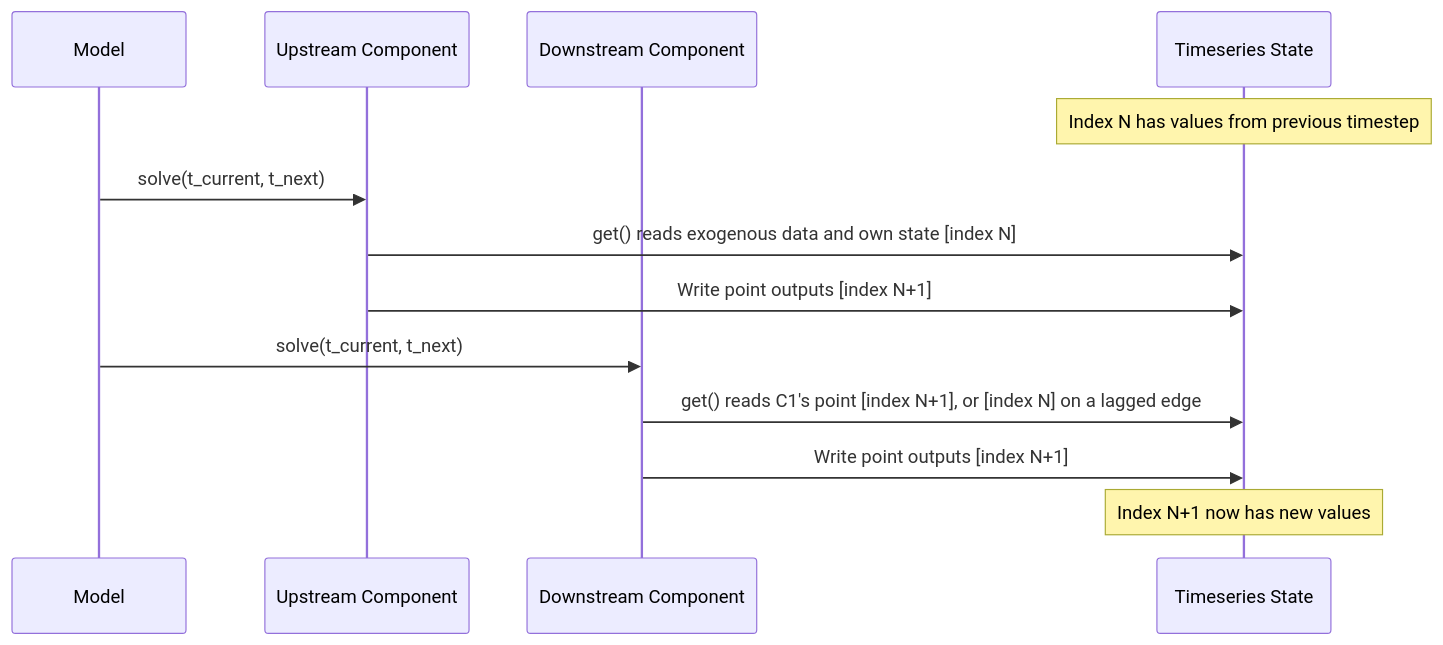
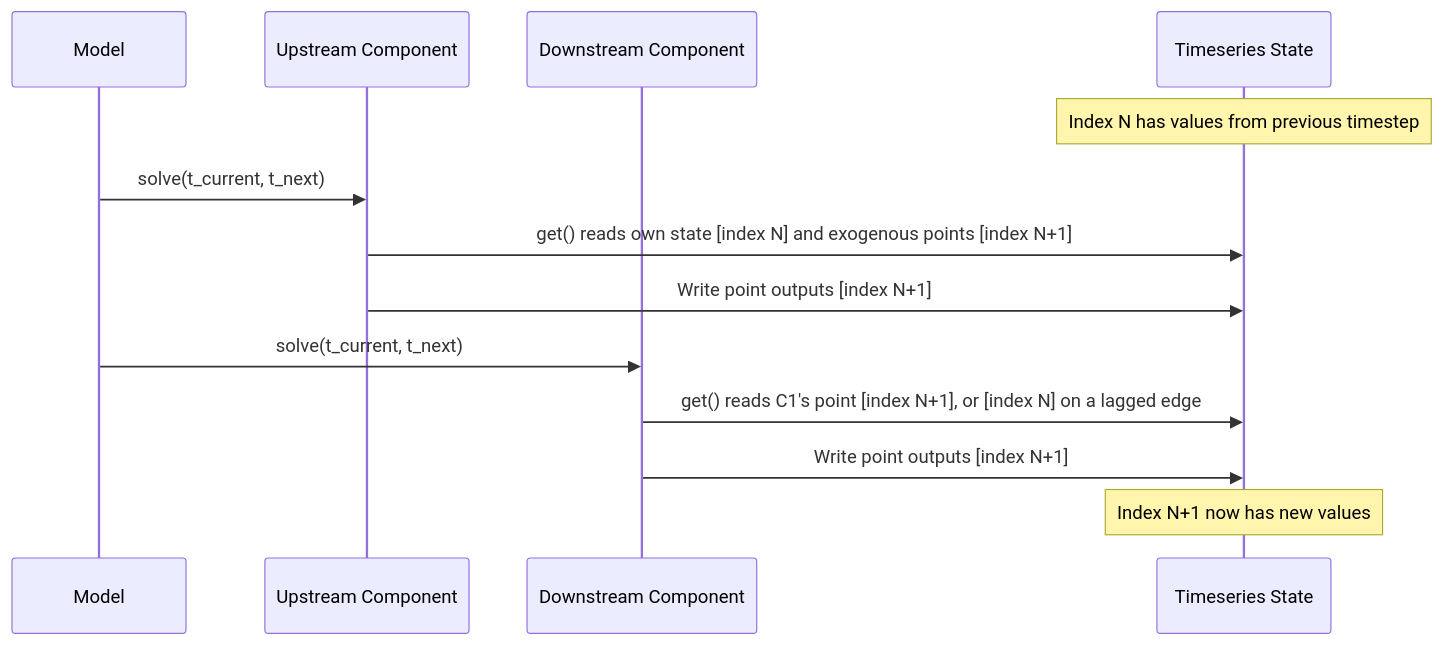
One commit to lewisjared/rscm changed the second of 2 diagrams in docs/key_concepts.md. Above: the diagram before and after it, drawn with Mermaid. The commit also changed other lines of this file and 5 other files, not shown here.

````diff
--- a/docs/key_concepts.md
+++ b/docs/key_concepts.md
@@ -190,16 +190,16 @@
 ```mermaid
 sequenceDiagram
     participant Model
     participant C1 as Upstream Component
     participant C2 as Downstream Component
     participant State as Timeseries State
 
     Note over State: Index N has values from previous timestep
     Model->>C1: solve(t_current, t_next)
-    C1->>State: get() reads exogenous data and own state [index N]
+    C1->>State: get() reads own state [index N] and exogenous points [index N+1]
     C1->>State: Write point outputs [index N+1]
     Model->>C2: solve(t_current, t_next)
     C2->>State: get() reads C1's point [index N+1], or [index N] on a lagged edge
     C2->>State: Write point outputs [index N+1]
     Note over State: Index N+1 now has new values
 ```
````
